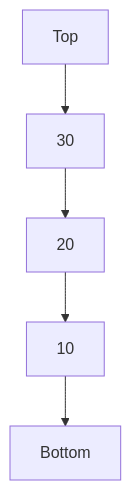
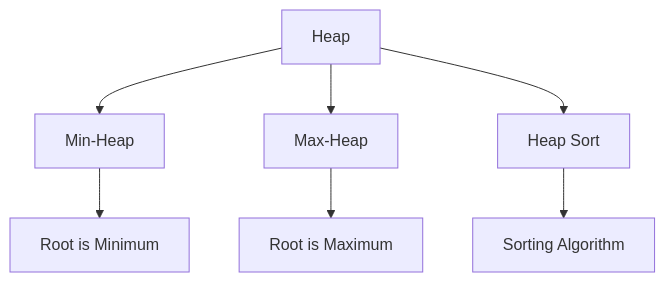
The eighth of 11 diagrams in README.md (SHYAM-001/DataStructures), drawn with Mermaid before and after one commit. The commit also changed other lines of this file, not shown here.

````diff
--- a/README.md
+++ b/README.md
@@ -257,7 +468,9 @@
 ```mermaid
-graph TD;
-    A[Top] --> B[30]
-    B --> C[20]
-    C --> D[10]
-    D --> E[Bottom]
+graph TD
+    A[Heap] --> B[Min-Heap]
+    A --> C[Max-Heap]
+    A --> D[Heap Sort]
+    B --> E[Root is Minimum]
+    C --> F[Root is Maximum]
+    D --> G[Sorting Algorithm]
 ```
````
